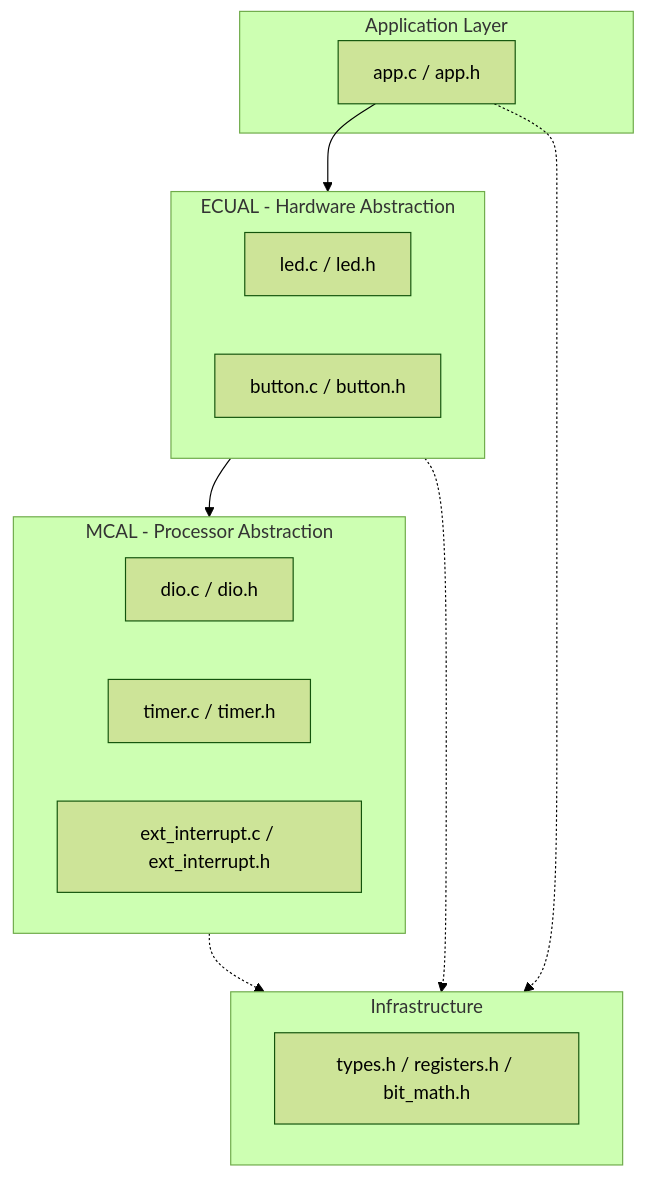
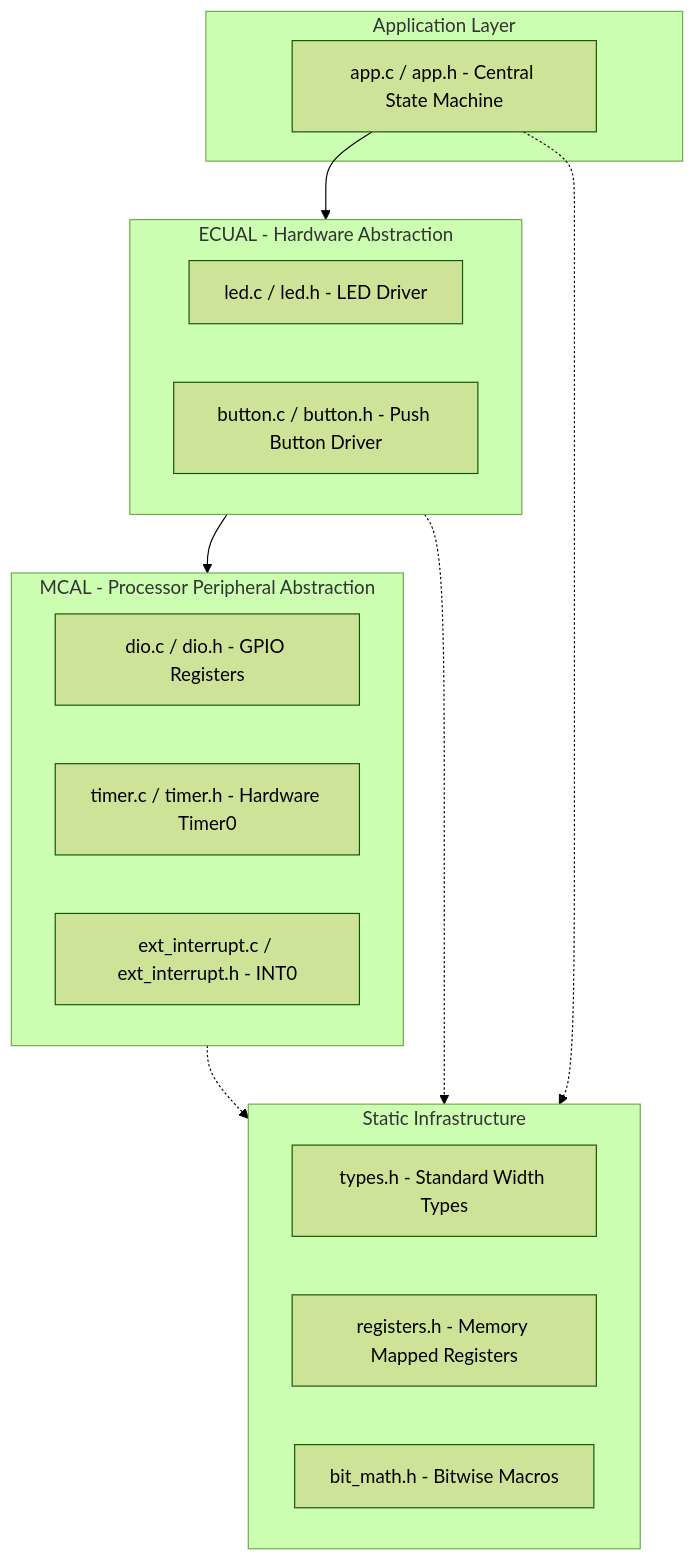
The first of 3 diagrams in README.md (Mahmoud976/On-demand-Traffic-light-control), drawn with Mermaid (forest theme) before and after one commit. The commit also changed other lines of this file and 2 other files, not shown here.

````diff
--- a/README.md
+++ b/README.md
@@ -22,28 +45,29 @@
 ```mermaid
 graph TD
-    subgraph Application_Layer [Application Layer]
-        APP[app.c / app.h]
+    subgraph APP_L [Application Layer]
+        APP[app.c / app.h - Central State Machine]
     end
 
-    subgraph ECUAL_Layer [ECUAL - Hardware Abstraction]
-        LED[led.c / led.h]
-        BTN[button.c / button.h]
+    subgraph ECUAL_L [ECUAL - Hardware Abstraction]
+        LED[led.c / led.h - LED Driver]
+        BTN[button.c / button.h - Push Button Driver]
     end
 
-    subgraph MCAL_Layer [MCAL - Processor Abstraction]
-        DIO[dio.c / dio.h]
-        TIMER[timer.c / timer.h]
-        EXTI[ext_interrupt.c / ext_interrupt.h]
+    subgraph MCAL_L [MCAL - Processor Peripheral Abstraction]
+        DIO[dio.c / dio.h - GPIO Registers]
+        TMR[timer.c / timer.h - Hardware Timer0]
+        EXTI[ext_interrupt.c / ext_interrupt.h - INT0]
     end
 
-    subgraph Utilities_Layer [Infrastructure]
-        UTILS[types.h / registers.h / bit_math.h]
+    subgraph UTILS_L [Static Infrastructure]
+        TYPES[types.h - Standard Width Types]
+        REGS[registers.h - Memory Mapped Registers]
+        BMATH[bit_math.h - Bitwise Macros]
     end
 
-    %% Dependencies Direction
-    APP --> ECUAL_Layer
-    ECUAL_Layer --> MCAL_Layer
-    MCAL_Layer -.-> Utilities_Layer
-    ECUAL_Layer -.-> Utilities_Layer
-    APP -.-> Utilities_Layer
+    APP --> ECUAL_L
+    ECUAL_L --> MCAL_L
+    MCAL_L -.-> UTILS_L
+    ECUAL_L -.-> UTILS_L
+    APP -.-> UTILS_L
 ```
````
